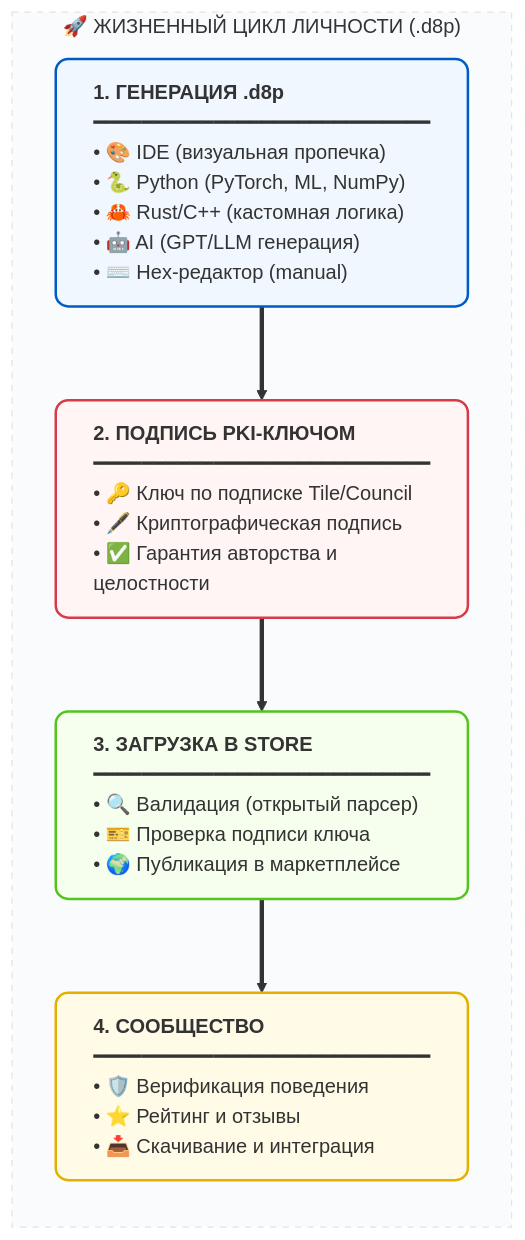
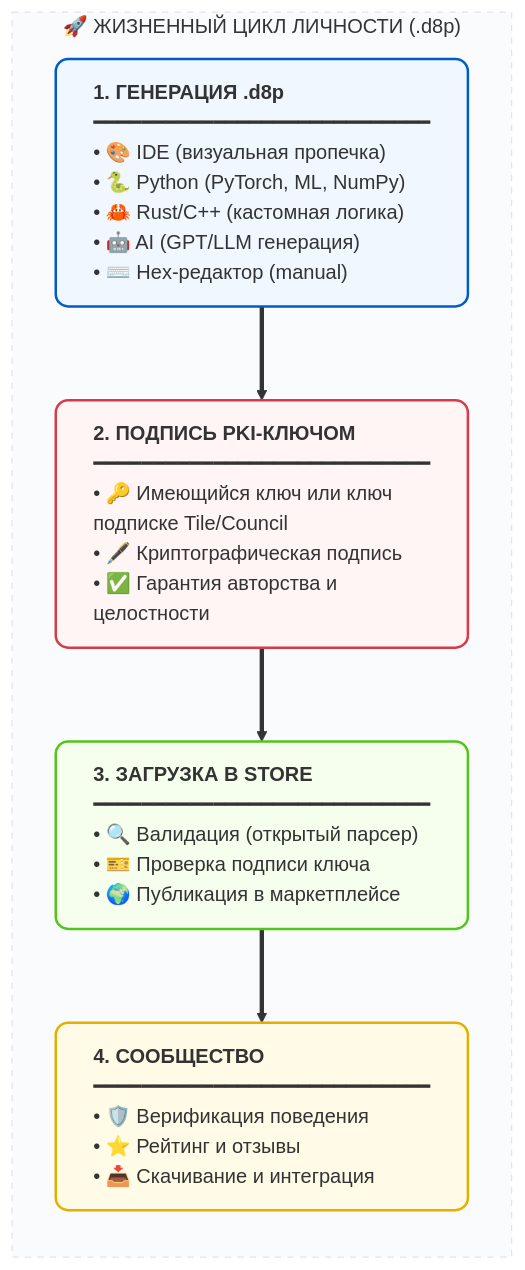
One commit to rulerom/decima changed the fifth of 9 diagrams in ru/docs/codex/index.md. Above: the diagram before and after it, drawn with Mermaid. The commit also changed other lines of this file, not shown here.

````diff
--- a/ru/docs/codex/index.md
+++ b/ru/docs/codex/index.md
@@ -940,29 +940,29 @@
 ```mermaid
 flowchart TD
     subgraph Lifecycle ["🚀 ЖИЗНЕННЫЙ ЦИКЛ ЛИЧНОСТИ (.d8p)"]
         direction TB
 
         Step1["<b>1. ГЕНЕРАЦИЯ .d8p</b><br/>━━━━━━━━━━━━━━━━━━━━━━━━━━━━<br/>• 🎨 IDE (визуальная пропечка)<br/>• 🐍 Python (PyTorch, ML, NumPy)<br/>• 🦀 Rust/C++ (кастомная логика)<br/>• 🤖 AI (GPT/LLM генерация)<br/>• ⌨️ Hex-редактор (manual)"]
         
-        Step2["<b>2. ПОДПИСЬ PKI-КЛЮЧОМ</b><br/>━━━━━━━━━━━━━━━━━━━━━━━━━━━━<br/>• 🔑 Ключ по подписке Tile/Council<br/>• 🖋️ Криптографическая подпись<br/>• ✅ Гарантия авторства и целостности"]
+        Step2["<b>2. ПОДПИСЬ PKI-КЛЮЧОМ</b><br/>━━━━━━━━━━━━━━━━━━━━━━━━━━━━<br/>• 🔑 Имеющийся ключ или ключ подписке Tile/Council<br/>• 🖋️ Криптографическая подпись<br/>• ✅ Гарантия авторства и целостности"]
         
         Step3["<b>3. ЗАГРУЗКА В STORE</b><br/>━━━━━━━━━━━━━━━━━━━━━━━━━━━━<br/>• 🔍 Валидация (открытый парсер)<br/>• 🎫 Проверка подписи ключа<br/>• 🌍 Публикация в маркетплейсе"]
         
         Step4["<b>4. СООБЩЕСТВО</b><br/>━━━━━━━━━━━━━━━━━━━━━━━━━━━━<br/>• 🛡️ Верификация поведения<br/>• ⭐ Рейтинг и отзывы<br/>• 📥 Скачивание и интеграция"]
 
         %% Связи
         Step1 ==> Step2 ==> Step3 ==> Step4
     end
 
     %% Стилизация
     classDef processBox fill:#ffffff,stroke:#333333,stroke-width:2px,rx:10,ry:10,text-align:left;
     class Step1,Step2,Step3,Step4 processBox;
     
     %% Специфические акценты
     style Step1 fill:#f0f7ff,stroke:#005cc5
     style Step2 fill:#fff5f5,stroke:#d73a49
     style Step3 fill:#f6ffed,stroke:#52c41a
     style Step4 fill:#fffbe6,stroke:#e3b000
     
     style Lifecycle fill:#fafbfc,stroke:#e1e4e8,stroke-dasharray: 5 5
 ```
````
